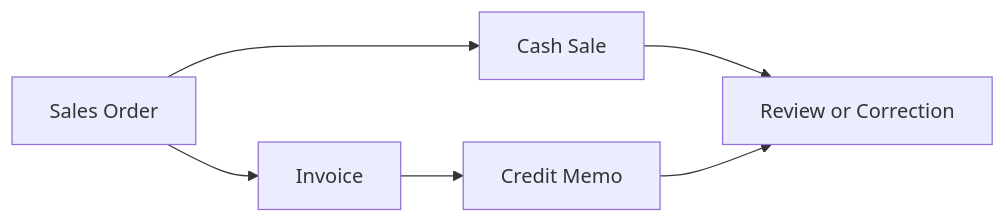
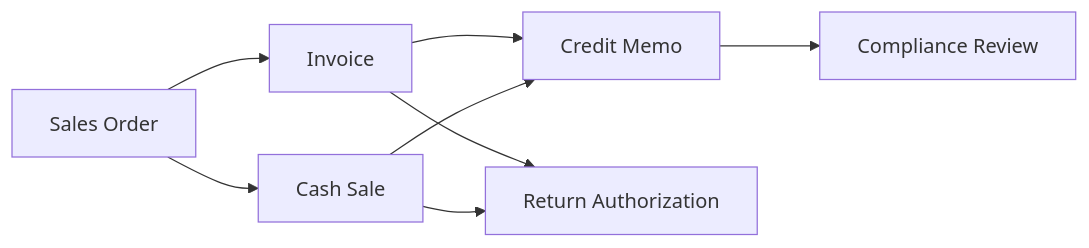
Before and after one commit to SnugsV/NetSuite-Knowledge-Base-General: the second of 7 diagrams in docs/integrations/avalara/README.md, drawn with Mermaid. The commit also changed other lines of this file, not shown here.

Commit message:
Update Avalara hub with returns and compliance clusters

````diff
--- a/docs/integrations/avalara/README.md
+++ b/docs/integrations/avalara/README.md
@@ -131,14 +174,17 @@
 ```mermaid
 flowchart LR
     SO[Sales Order]
     INV[Invoice]
     CS[Cash Sale]
     CM[Credit Memo]
-    Review[Review or Correction]
+    RA[Return Authorization]
+    Filing[Compliance Review]
 
     SO --> INV
     SO --> CS
     INV --> CM
-    CS --> Review
-    CM --> Review
+    CS --> CM
+    INV --> RA
+    CS --> RA
+    CM --> Filing
 ```
````
